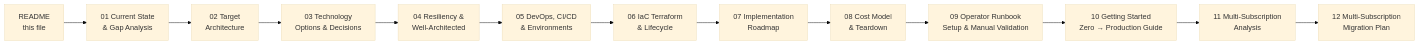
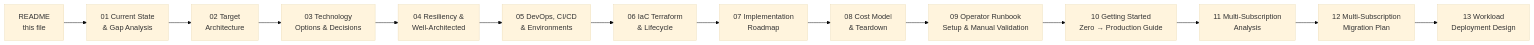
Before and after one commit to arvinddhasmana/rtsa_webgpu: the first of 2 diagrams in docs/deployment/azure/README.md, drawn with Mermaid (base theme). The commit also changed other lines of this file and 7 other files, not shown here.

````diff
--- a/docs/deployment/azure/README.md
+++ b/docs/deployment/azure/README.md
@@ -43,15 +43,16 @@
 ```mermaid
 flowchart LR
     R[README<br/>this file] --> D1[01 Current State<br/>& Gap Analysis]
     D1 --> D2[02 Target<br/>Architecture]
     D2 --> D3[03 Technology<br/>Options & Decisions]
     D3 --> D4[04 Resiliency &<br/>Well-Architected]
     D4 --> D5[05 DevOps, CI/CD<br/>& Environments]
     D5 --> D6[06 IaC Terraform<br/>& Lifecycle]
     D6 --> D7[07 Implementation<br/>Roadmap]
     D7 --> D8[08 Cost Model<br/>& Teardown]
     D8 --> D9[09 Operator Runbook<br/>Setup & Manual Validation]
     D9 --> D10[10 Getting Started<br/>Zero → Production Guide]
     D10 --> D11[11 Multi-Subscription<br/>Analysis]
     D11 --> D12[12 Multi-Subscription<br/>Migration Plan]
+    D12 --> D13[13 Workload<br/>Deployment Design]
 ```
````
